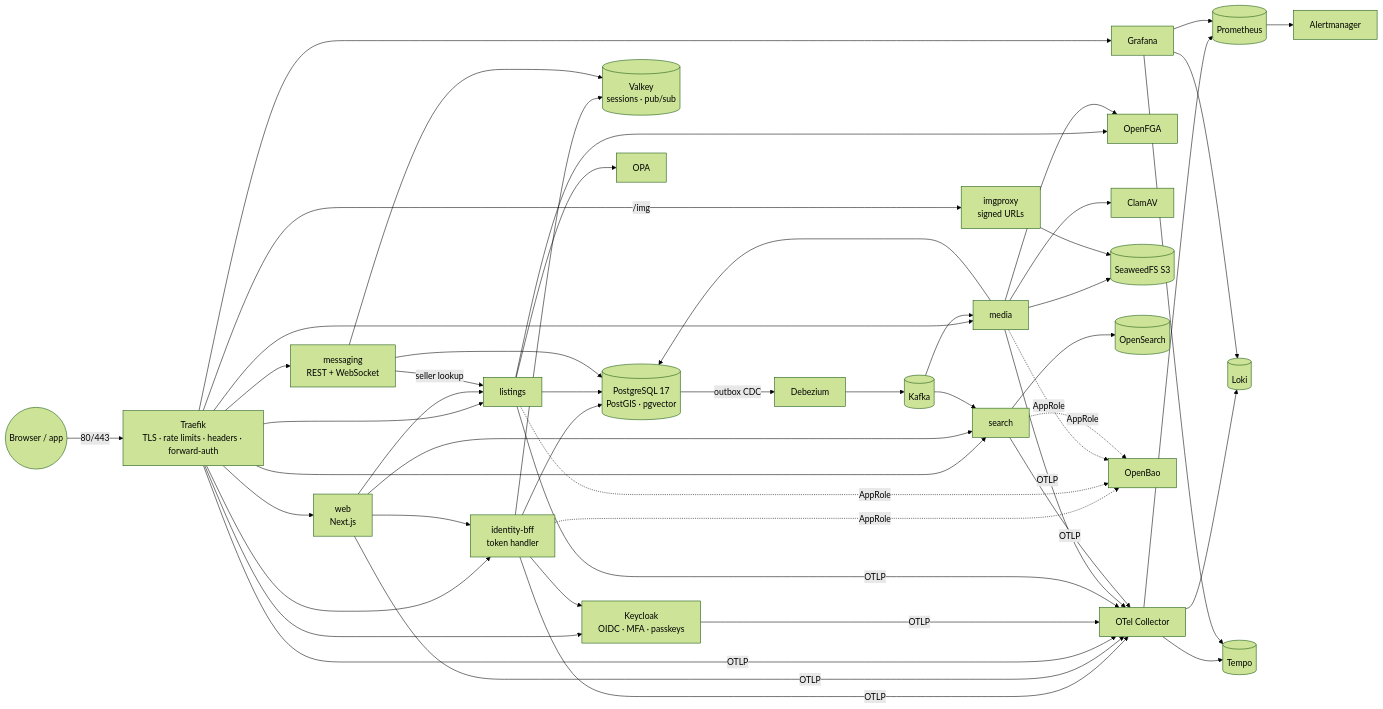
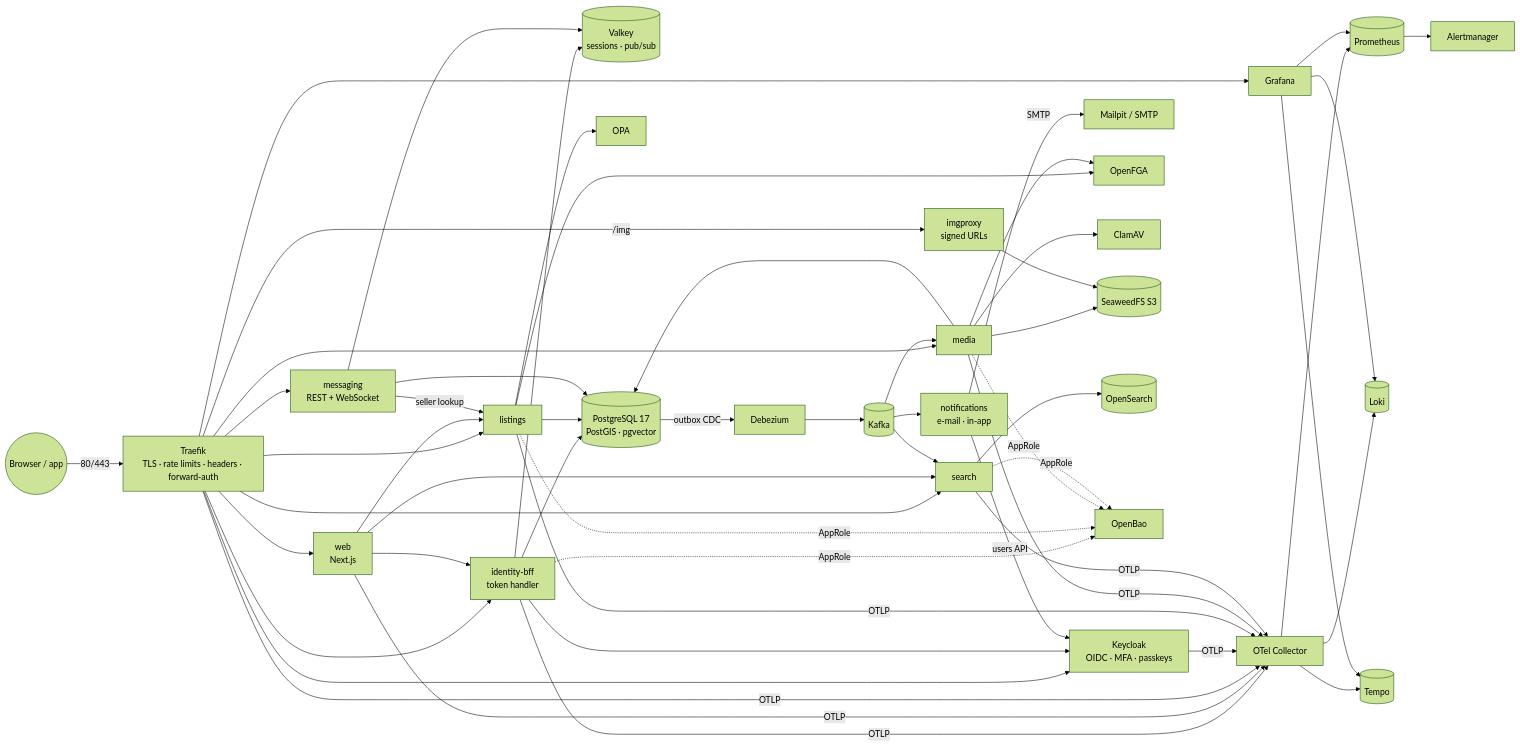
Before and after one commit to Jibsta91/raadi.com: the diagram in README.md, drawn with Mermaid (forest theme). The commit also changed other lines of this file and 73 other files, not shown here.

````diff
--- a/README.md
+++ b/README.md
@@ -39,28 +39,31 @@
 ```mermaid
 flowchart LR
   U((Browser / app)) -->|80/443| T[Traefik<br/>TLS · rate limits · headers · forward-auth]
   T --> W[web<br/>Next.js]
   T --> B[identity-bff<br/>token handler]
   T --> LS[listings] & SE[search] & ME[media] & MS[messaging<br/>REST + WebSocket]
   T -->|/img| IP[imgproxy<br/>signed URLs]
   T --> K[Keycloak<br/>OIDC · MFA · passkeys]
   T --> G[Grafana]
   W --> B & SE & LS
   B --> K
   B --> V[(Valkey<br/>sessions · pub/sub)]
   MS --> V
+  KA --> NO[notifications<br/>e-mail · in-app]
+  NO -->|SMTP| ML[Mailpit / SMTP]
+  NO -->|users API| K
   MS -->|seller lookup| LS
   B & LS & ME & MS --> P[(PostgreSQL 17<br/>PostGIS · pgvector)]
   LS & ME --> FGA[OpenFGA]
   LS --> OPA[OPA]
   ME --> AV[ClamAV] & S3[(SeaweedFS S3)]
   IP --> S3
   P -->|outbox CDC| DBZ[Debezium] --> KA[(Kafka)]
   KA --> SE & ME
   SE --> OS[(OpenSearch)]
   B & LS & ME & SE -.->|AppRole| O[OpenBao]
   B & W & T & K & LS & ME & SE -->|OTLP| C[OTel Collector]
   C --> PR[(Prometheus)] & L[(Loki)] & TE[(Tempo)]
   PR --> AM[Alertmanager]
   G --> PR & L & TE
 ```
````
